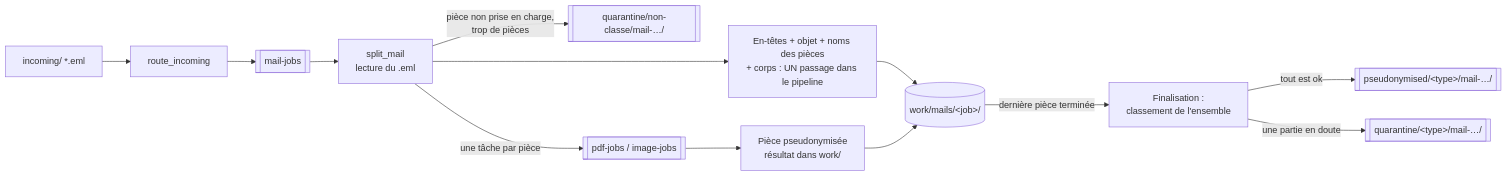
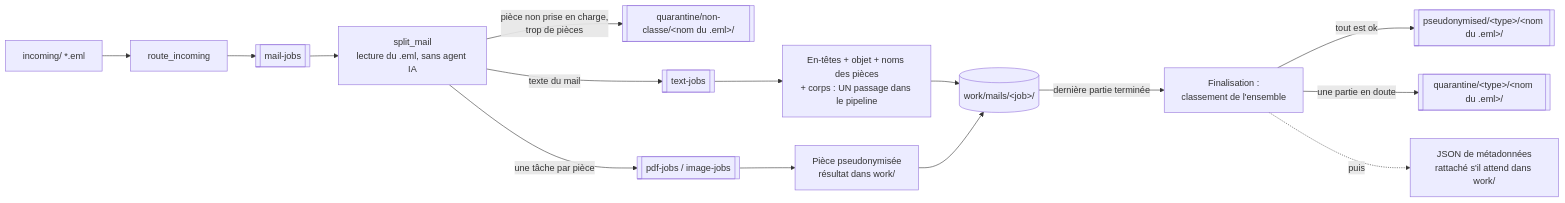
The fifth of 7 diagrams in docs/architecture.md (derchoff/pseudocai), drawn with Mermaid before and after one commit. The commit also changed other lines of this file and 14 other files, not shown here.

Commit message:
refactor: email are now processed throught the text-jobs queue

````diff
--- a/docs/architecture.md
+++ b/docs/architecture.md
@@ -301,15 +305,17 @@
 ```mermaid
 flowchart LR
     IN[incoming/ *.eml] --> R[route_incoming]
     R --> QM[[mail-jobs]]
-    QM --> S[split_mail<br/>lecture du .eml]
-    S -- "pièce non prise en charge,<br/>trop de pièces" --> QQ[[quarantine/non-classe/mail-…/]]
-    S --> T[En-têtes + objet + noms des pièces<br/>+ corps : UN passage dans le pipeline]
+    QM --> S[split_mail<br/>lecture du .eml, sans agent IA]
+    S -- "pièce non prise en charge,<br/>trop de pièces" --> QQ[[quarantine/non-classe/&lt;nom du .eml&gt;/]]
+    S -- "texte du mail" --> QT[[text-jobs]]
+    QT --> T[En-têtes + objet + noms des pièces<br/>+ corps : UN passage dans le pipeline]
     S -- "une tâche par pièce" --> QP[[pdf-jobs / image-jobs]]
     QP --> PJ[Pièce pseudonymisée<br/>résultat dans work/]
     T --> W[(work/mails/&lt;job&gt;/)]
     PJ --> W
-    W -- "dernière pièce terminée" --> F[Finalisation :<br/>classement de l'ensemble]
-    F -- "tout est ok" --> OUT[[pseudonymised/&lt;type&gt;/mail-…/]]
-    F -- "une partie en doute" --> Q2[[quarantine/&lt;type&gt;/mail-…/]]
+    W -- "dernière partie terminée" --> F[Finalisation :<br/>classement de l'ensemble]
+    F -- "tout est ok" --> OUT[[pseudonymised/&lt;type&gt;/&lt;nom du .eml&gt;/]]
+    F -- "une partie en doute" --> Q2[[quarantine/&lt;type&gt;/&lt;nom du .eml&gt;/]]
+    F -. "puis" .-> J[JSON de métadonnées<br/>rattaché s'il attend dans work/]
 ```
````
